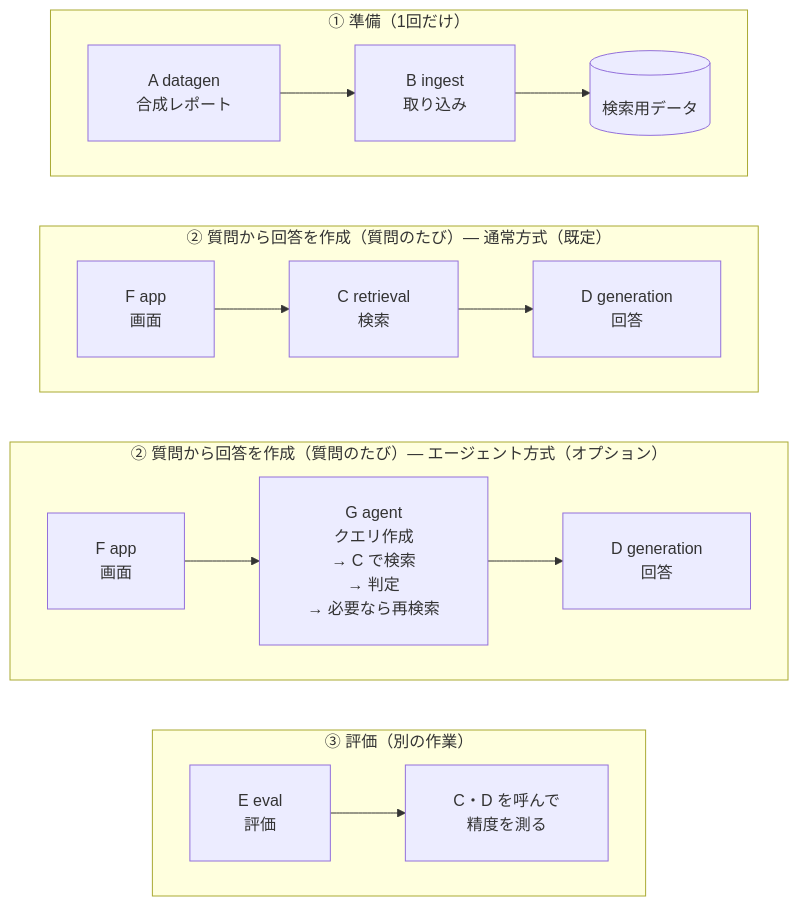
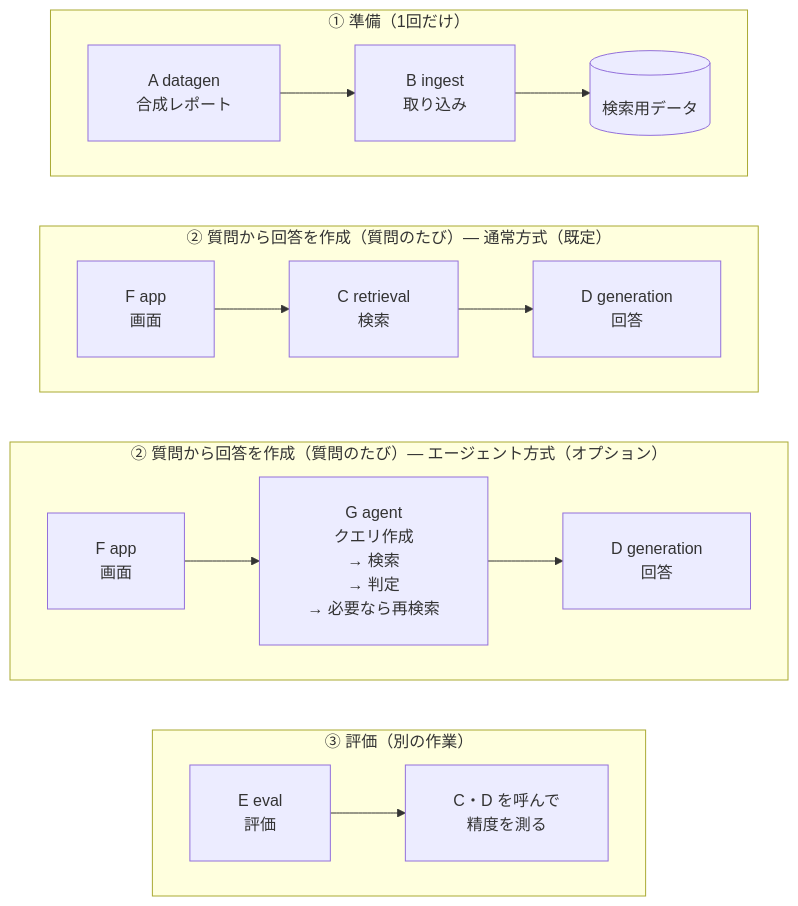
One commit to satoshi-abe-dev/silo-rag changed the first of 3 diagrams in README_ja.md. Above: the diagram before and after it, drawn with Mermaid. The commit also changed other lines of this file and 1 other file, not shown here.

First line of the commit message:
Say which functions of C and D the plain and agent modes call

````diff
--- a/README_ja.md
+++ b/README_ja.md
@@ -125,23 +125,23 @@
 ```mermaid
 %%{init: {"flowchart": {"padding": 24, "wrappingWidth": 400}}}%%
 graph TB
     subgraph prep["① 準備（1回だけ）"]
         direction LR
         A["A datagen<br/>合成レポート"] --> B["B ingest<br/>取り込み"] --> DB[("検索用データ")]
     end
     subgraph plain["② 質問から回答を作成（質問のたび）― 通常方式（既定）"]
         direction LR
         F1["F app<br/>画面"] --> C1["C retrieval<br/>検索"] --> D1["D generation<br/>回答"]
     end
     subgraph agent["② 質問から回答を作成（質問のたび）― エージェント方式（オプション）"]
         direction LR
-        F2["F app<br/>画面"] --> G["G agent<br/>クエリ作成<br/>→ C で検索<br/>→ 判定<br/>→ 必要なら再検索"] --> D2["D generation<br/>回答"]
+        F2["F app<br/>画面"] --> G["G agent<br/>クエリ作成<br/>→ 検索<br/>→ 判定<br/>→ 必要なら再検索"] --> D2["D generation<br/>回答"]
     end
     subgraph ev["③ 評価（別の作業）"]
         direction LR
         E["E eval<br/>評価"] --> CD["C・D を呼んで<br/>精度を測る"]
     end
     prep ~~~ plain
     plain ~~~ agent
     agent ~~~ ev
 ```
````
